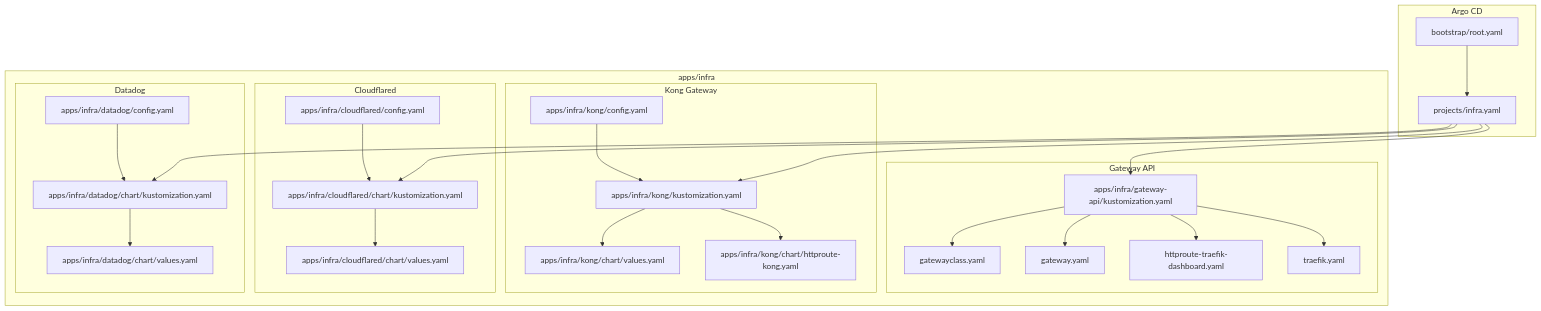
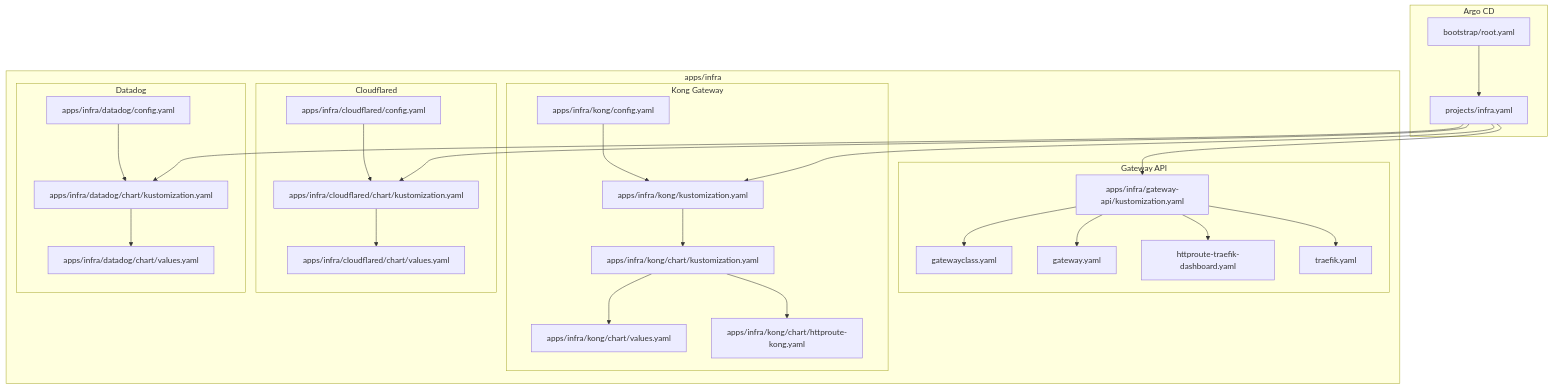
One commit to Hoangvu75/k8s_manifest changed the first of 7 diagrams in .qoder/repowiki/en/content/Infrastructure Applications/Infrastructure Applications.md. Above: the diagram before and after it, drawn with Mermaid. The commit also changed other lines of this file and 6 other files, not shown here.

````diff
--- a/.qoder/repowiki/en/content/Infrastructure Applications/Infrastructure Applications.md
+++ b/.qoder/repowiki/en/content/Infrastructure Applications/Infrastructure Applications.md
@@ -62,48 +62,50 @@
 ```mermaid
 graph TB
 subgraph "Argo CD"
 ROOT["bootstrap/root.yaml"]
 INFRA_PROJECT["projects/infra.yaml"]
 end
 subgraph "apps/infra"
 subgraph "Gateway API"
 GWC["gatewayclass.yaml"]
 GW["gateway.yaml"]
 HR["httproute-traefik-dashboard.yaml"]
 TR["traefik.yaml"]
 GK["apps/infra/gateway-api/kustomization.yaml"]
 end
 subgraph "Kong Gateway"
+KONG_K["apps/infra/kong/kustomization.yaml"]
+KONG_CHART["apps/infra/kong/chart/kustomization.yaml"]
 KONG_VALUES["apps/infra/kong/chart/values.yaml"]
 KONG_HR["apps/infra/kong/chart/httproute-kong.yaml"]
 KONG_CFG["apps/infra/kong/config.yaml"]
-KONG_K["apps/infra/kong/kustomization.yaml"]
 end
 subgraph "Cloudflared"
 CF_VALUES["apps/infra/cloudflared/chart/values.yaml"]
 CF_K["apps/infra/cloudflared/chart/kustomization.yaml"]
 CF_CFG["apps/infra/cloudflared/config.yaml"]
 end
 subgraph "Datadog"
 DD_VALUES["apps/infra/datadog/chart/values.yaml"]
 DD_K["apps/infra/datadog/chart/kustomization.yaml"]
 DD_CFG["apps/infra/datadog/config.yaml"]
 end
 end
 ROOT --> INFRA_PROJECT
 INFRA_PROJECT --> GK
 INFRA_PROJECT --> KONG_K
 INFRA_PROJECT --> CF_K
 INFRA_PROJECT --> DD_K
 GK --> GWC
 GK --> GW
 GK --> HR
 GK --> TR
-KONG_K --> KONG_VALUES
-KONG_K --> KONG_HR
+KONG_K --> KONG_CHART
+KONG_CHART --> KONG_VALUES
+KONG_CHART --> KONG_HR
 KONG_CFG --> KONG_K
 CF_K --> CF_VALUES
 CF_CFG --> CF_K
 DD_K --> DD_VALUES
 DD_CFG --> DD_K
 ```
````
